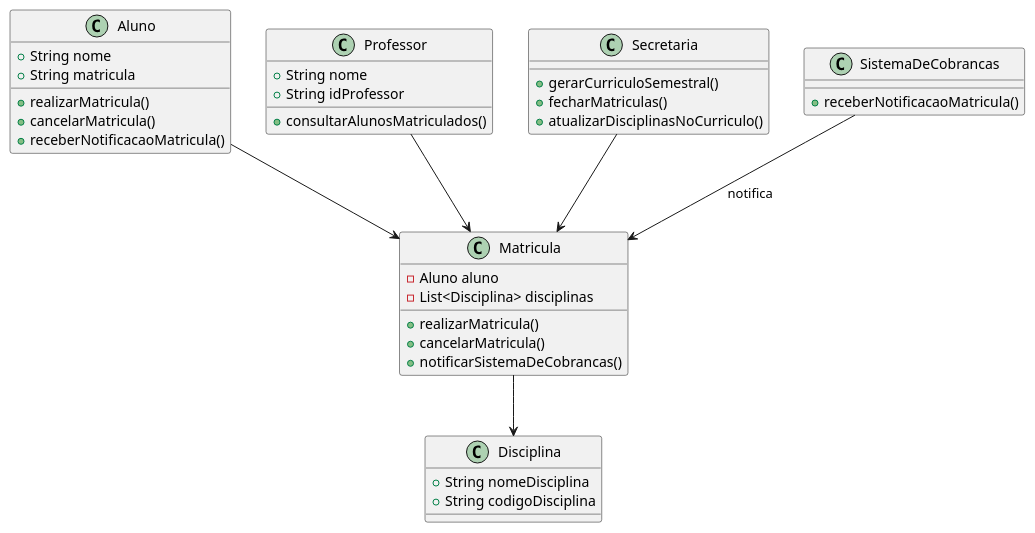
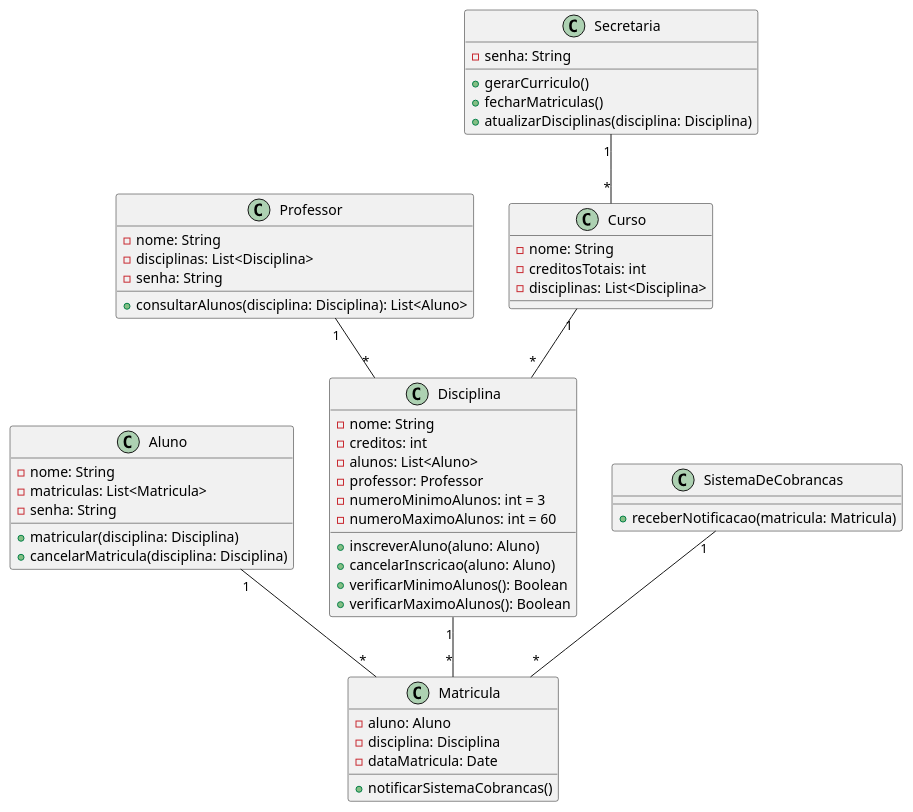
Before and after one commit to diascw/sistema-de-matricula: the diagram in project/diagramas/diagrama-de-classe.puml, drawn with PlantUML.

Commit message:
Adicionado diagrama UML com classes e métodos para gestão de matrículas e disciplinas.

```diff
--- a/project/diagramas/diagrama-de-classe.puml
+++ b/project/diagramas/diagrama-de-classe.puml
@@ -1,44 +1,60 @@
 @startuml
 class Aluno {
-    +String nome
-    +String matricula
-    +realizarMatricula()
-    +cancelarMatricula()
-    +receberNotificacaoMatricula()
+  +matricular(disciplina: Disciplina)
+  +cancelarMatricula(disciplina: Disciplina)
+  -nome: String
+  -matriculas: List<Matricula>
+  -senha: String
 }
 
 class Professor {
-    +String nome
-    +String idProfessor
-    +consultarAlunosMatriculados()
+  +consultarAlunos(disciplina: Disciplina): List<Aluno>
+  -nome: String
+  -disciplinas: List<Disciplina>
+  -senha: String
 }
 
 class Secretaria {
-    +gerarCurriculoSemestral()
-    +fecharMatriculas()
-    +atualizarDisciplinasNoCurriculo()
+  +gerarCurriculo()
+  +fecharMatriculas()
+  +atualizarDisciplinas(disciplina: Disciplina)
+  -senha: String
+}
+
+class Disciplina {
+  +inscreverAluno(aluno: Aluno)
+  +cancelarInscricao(aluno: Aluno)
+  +verificarMinimoAlunos(): Boolean
+  +verificarMaximoAlunos(): Boolean
+  -nome: String
+  -creditos: int
+  -alunos: List<Aluno>
+  -professor: Professor
+  -numeroMinimoAlunos: int = 3
+  -numeroMaximoAlunos: int = 60
+}
+
+class Curso {
+  -nome: String
+  -creditosTotais: int
+  -disciplinas: List<Disciplina>
+}
+
+class Matricula {
+  +notificarSistemaCobrancas()
+  -aluno: Aluno
+  -disciplina: Disciplina
+  -dataMatricula: Date
 }
 
 class SistemaDeCobrancas {
-    +receberNotificacaoMatricula()
+  +receberNotificacao(matricula: Matricula)
 }
 
-class Matricula {
-    -Aluno aluno
-    -List<Disciplina> disciplinas
-    +realizarMatricula()
-    +cancelarMatricula()
-    +notificarSistemaDeCobrancas()
-}
-
-class Disciplina {
-    +String nomeDisciplina
-    +String codigoDisciplina
-}
-
-Aluno --> Matricula
-Professor --> Matricula
-Secretaria --> Matricula
-Matricula --> Disciplina
-SistemaDeCobrancas --> Matricula : notifica
+Aluno "1" -- "*" Matricula
+Professor "1" -- "*" Disciplina
+Secretaria "1" -- "*" Curso
+Curso "1" -- "*" Disciplina
+Disciplina "1" -- "*" Matricula
+SistemaDeCobrancas "1" -- "*" Matricula
 @enduml
```
